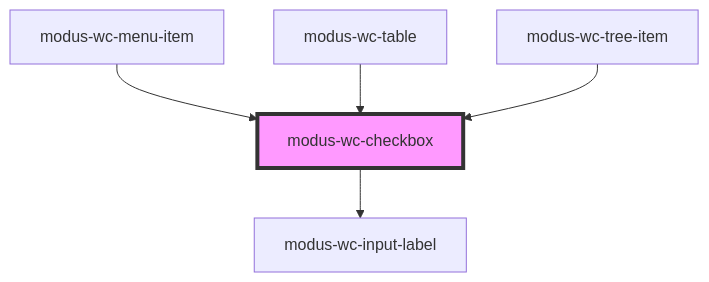
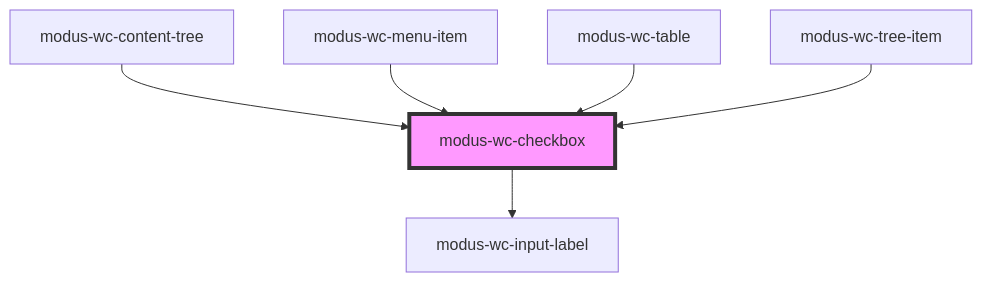
One commit to trimble-oss/modus-wc-2.0 changed the diagram in src/components/modus-wc-checkbox/readme.md. Above: the diagram before and after it, drawn with Mermaid. The commit also changed other lines of this file and 20 other files, not shown here.

````diff
--- a/src/components/modus-wc-checkbox/readme.md
+++ b/src/components/modus-wc-checkbox/readme.md
@@ -50,8 +51,9 @@
 ```mermaid
 graph TD;
   modus-wc-checkbox --> modus-wc-input-label
+  modus-wc-content-tree --> modus-wc-checkbox
   modus-wc-menu-item --> modus-wc-checkbox
   modus-wc-table --> modus-wc-checkbox
   modus-wc-tree-item --> modus-wc-checkbox
   style modus-wc-checkbox fill:#f9f,stroke:#333,stroke-width:4px
 ```
````
